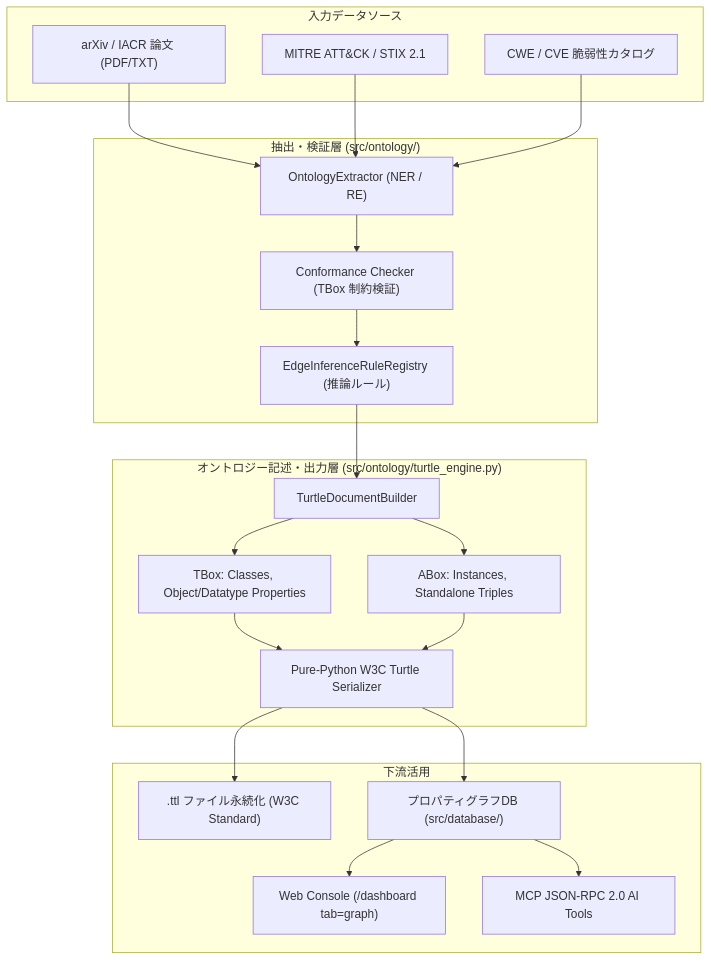
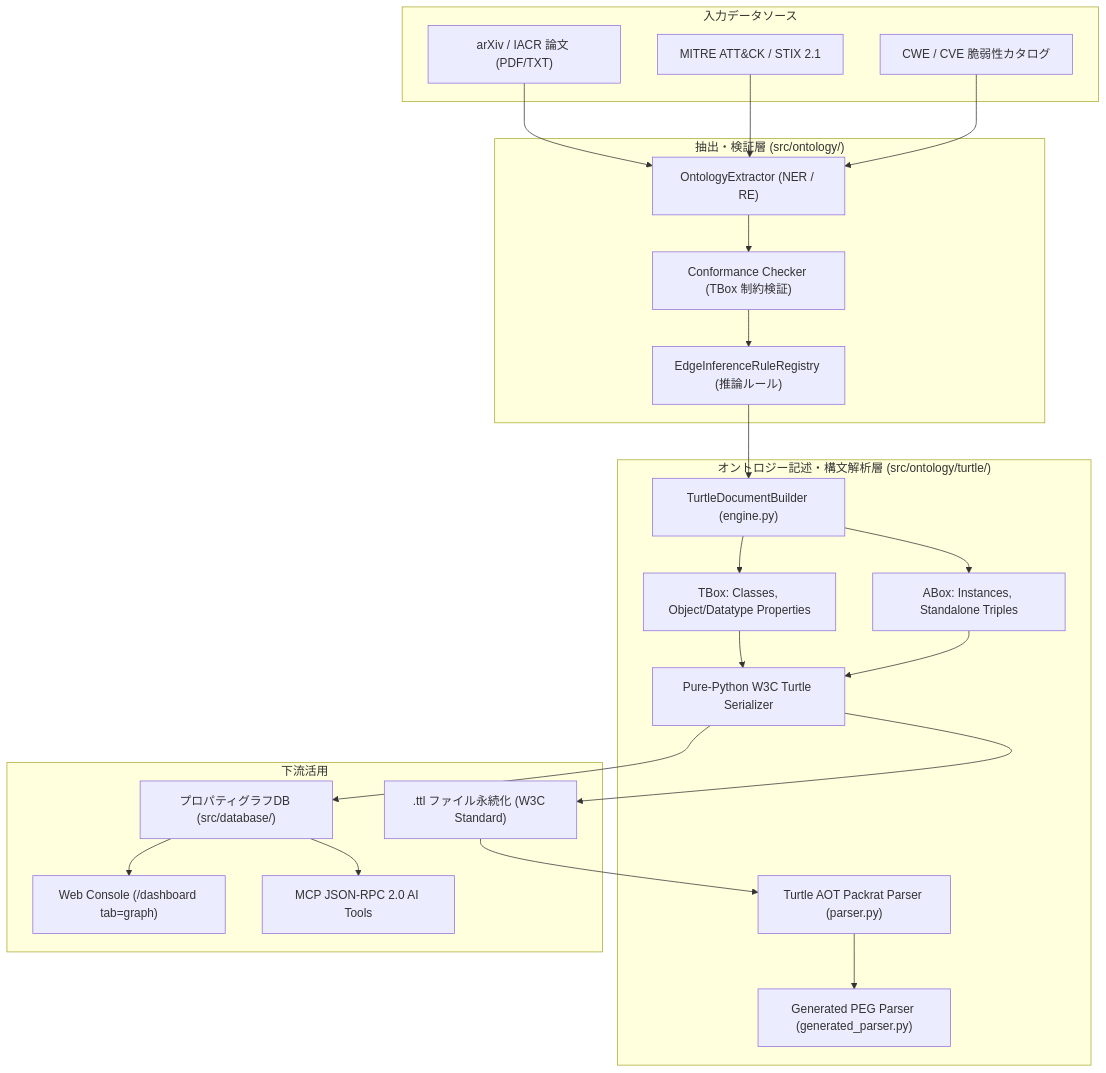
The first of 2 diagrams in docs/designs/DSN-22-security_and_threat_ontology_w3c_specification.md (rokujyouhitoma/arxiv-security-papers), drawn with Mermaid before and after one commit. The commit also changed other lines of this file and 12 other files, not shown here.

Commit message:
refactor(ontology): modularize turtle engine and parser into subpackage (Issue #440)

````diff
--- a/docs/designs/DSN-22-security_and_threat_ontology_w3c_specification.md
+++ b/docs/designs/DSN-22-security_and_threat_ontology_w3c_specification.md
@@ -11,43 +11,47 @@
 ```mermaid
 flowchart TD
     subgraph InputSources ["入力データソース"]
         P1["arXiv / IACR 論文 (PDF/TXT)"]
         P2["MITRE ATT&CK / STIX 2.1"]
         P3["CWE / CVE 脆弱性カタログ"]
     end
 
     subgraph ExtractorLayer ["抽出・検証層 (src/ontology/)"]
         EXT["OntologyExtractor (NER / RE)"]
         CONF["Conformance Checker (TBox 制約検証)"]
         EIROM["EdgeInferenceRuleRegistry (推論ルール)"]
     end
 
-    subgraph TurtleEngineLayer ["オントロジー記述・出力層 (src/ontology/turtle_engine.py)"]
-        TBB["TurtleDocumentBuilder"]
+    subgraph TurtleSubpackageLayer ["オントロジー記述・構文解析層 (src/ontology/turtle/)"]
+        TBB["TurtleDocumentBuilder (engine.py)"]
         TBOX["TBox: Classes, Object/Datatype Properties"]
         ABOX["ABox: Instances, Standalone Triples"]
         SER["Pure-Python W3C Turtle Serializer"]
+        PARS["Turtle AOT Packrat Parser (parser.py)"]
+        GEN["Generated PEG Parser (generated_parser.py)"]
     end
 
     subgraph Downstream ["下流活用"]
         TTL[".ttl ファイル永続化 (W3C Standard)"]
         GRAP["プロパティグラフDB (src/database/)"]
         UI["Web Console (/dashboard tab=graph)"]
         MCP["MCP JSON-RPC 2.0 AI Tools"]
     end
 
     P1 --> EXT
     P2 --> EXT
     P3 --> EXT
     EXT --> CONF
     CONF --> EIROM
     EIROM --> TBB
     TBB --> TBOX
     TBB --> ABOX
     TBOX --> SER
     ABOX --> SER
     SER --> TTL
+    TTL --> PARS
+    PARS --> GEN
     SER --> GRAP
     GRAP --> UI
     GRAP --> MCP
 ```
````
